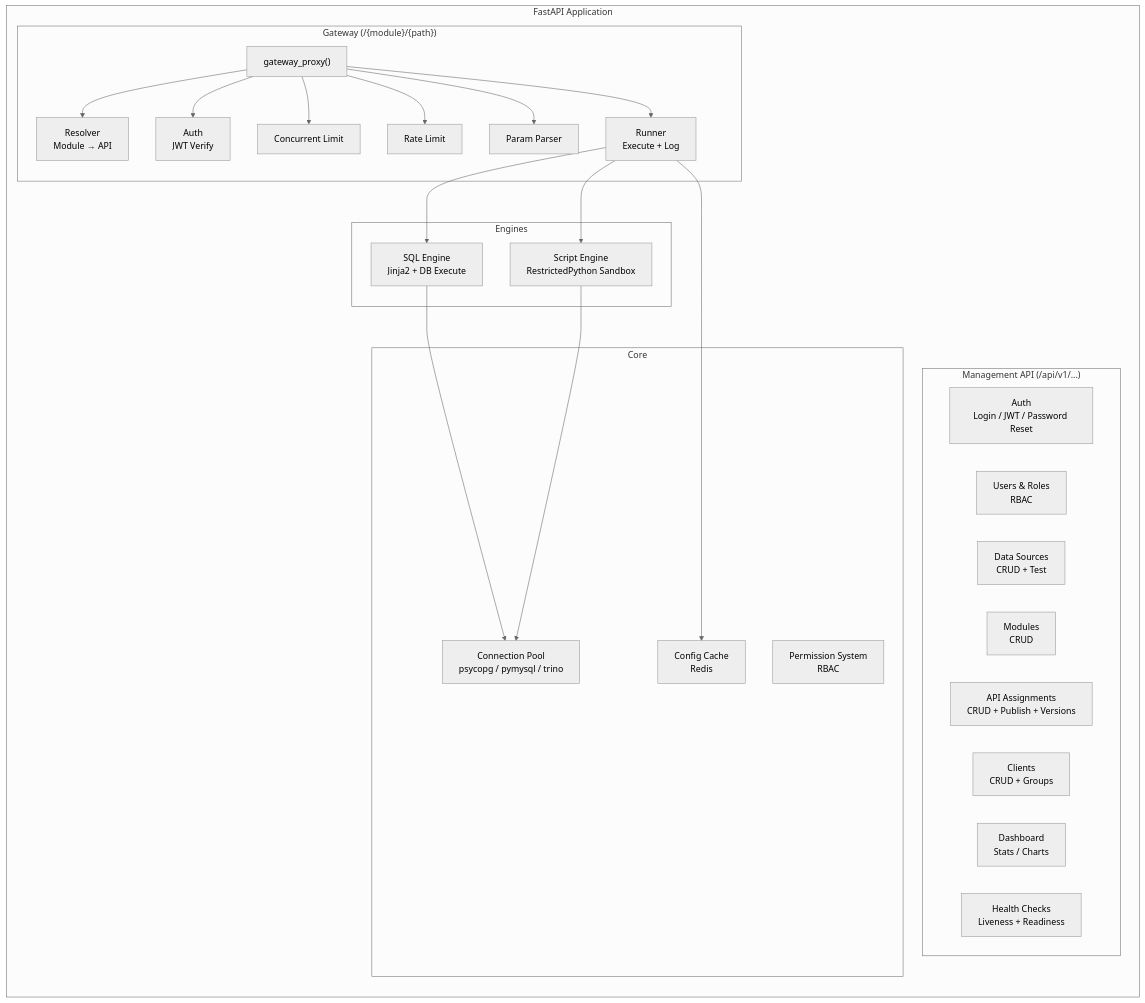
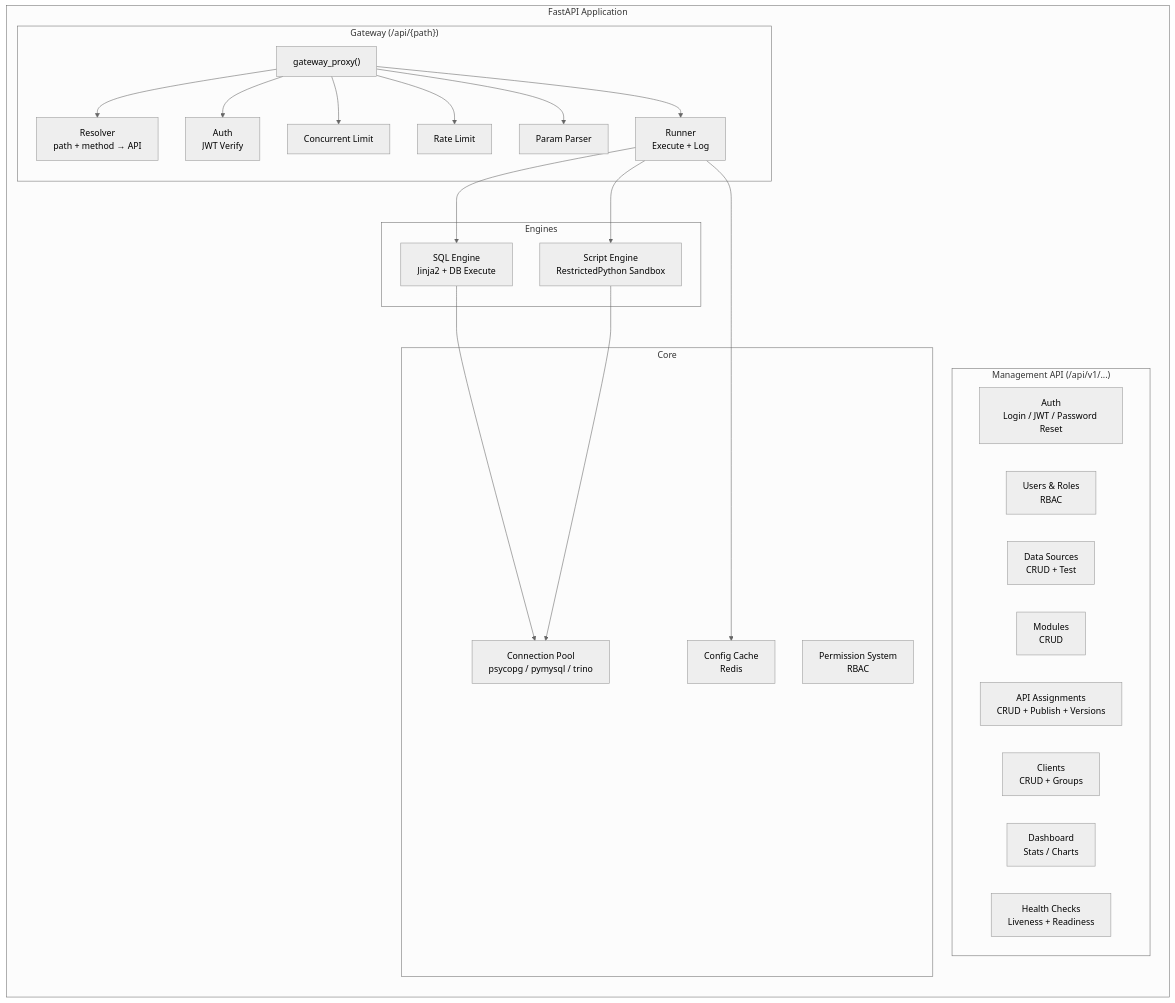
Before and after one commit to viethqb/pydbapi: the second of 7 diagrams in docs/ARCHITECTURE.md, drawn with Mermaid (neutral theme). The commit also changed other lines of this file and 48 other files, not shown here.

First line of the commit message:
Unified Docker, gateway /api path, path+method uniqueness, StarRocks/Trino

````diff
--- a/docs/ARCHITECTURE.md
+++ b/docs/ARCHITECTURE.md
@@ -67,50 +60,50 @@
 ```mermaid
 graph LR
     subgraph "FastAPI Application"
         direction TB
 
         subgraph "Management API (/api/v1/...)"
             Auth["Auth<br/>Login / JWT / Password Reset"]
             Users["Users & Roles<br/>RBAC"]
             DS["Data Sources<br/>CRUD + Test"]
             Modules["Modules<br/>CRUD"]
             APIs["API Assignments<br/>CRUD + Publish + Versions"]
             Clients["Clients<br/>CRUD + Groups"]
             Overview["Dashboard<br/>Stats / Charts"]
             Health["Health Checks<br/>Liveness + Readiness"]
         end
 
-        subgraph "Gateway (/{module}/{path})"
+        subgraph "Gateway (/api/{path})"
             GW["gateway_proxy()"]
-            Resolver["Resolver<br/>Module → API"]
+            Resolver["Resolver<br/>path + method → API"]
             GWAuth["Auth<br/>JWT Verify"]
             Concurrent["Concurrent Limit"]
             RateLimit["Rate Limit"]
             ParamParse["Param Parser"]
             Runner["Runner<br/>Execute + Log"]
         end
 
         subgraph "Engines"
             SQLEngine["SQL Engine<br/>Jinja2 + DB Execute"]
             ScriptEngine["Script Engine<br/>RestrictedPython Sandbox"]
         end
 
         subgraph "Core"
             Pool["Connection Pool<br/>psycopg / pymysql / trino"]
             ConfigCache["Config Cache<br/>Redis"]
             Permissions["Permission System<br/>RBAC"]
         end
     end
 
     GW --> Resolver
     GW --> GWAuth
     GW --> Concurrent
     GW --> RateLimit
     GW --> ParamParse
     GW --> Runner
     Runner --> SQLEngine
     Runner --> ScriptEngine
     SQLEngine --> Pool
     ScriptEngine --> Pool
     Runner --> ConfigCache
 ```
````
